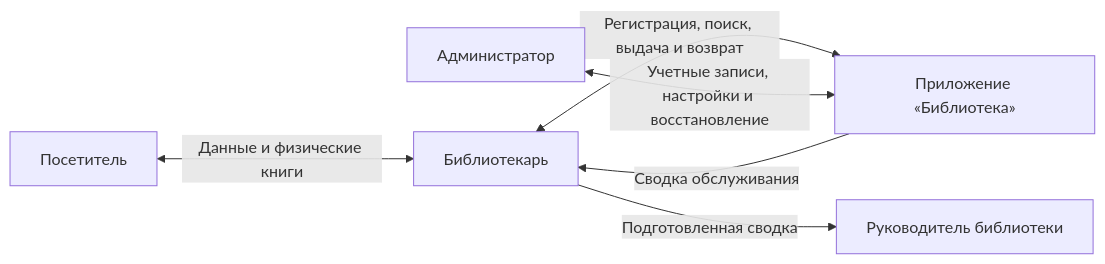
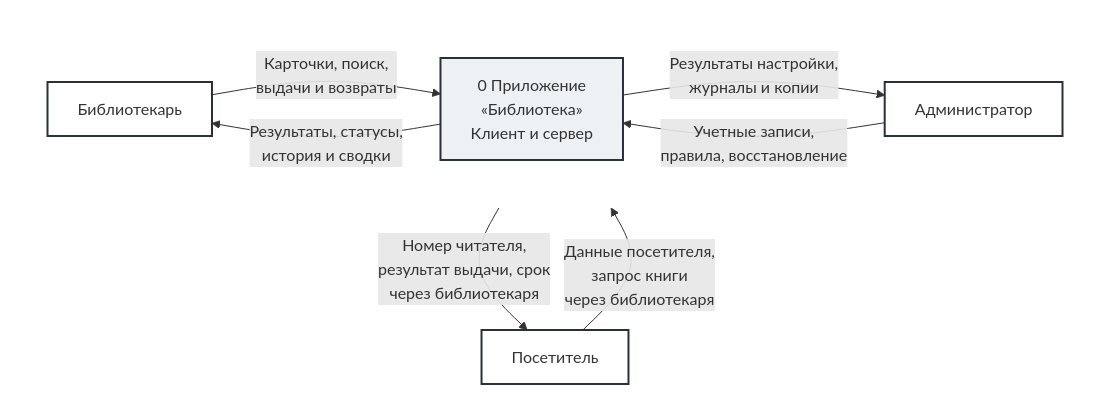
Before and after one commit to Yaroslav1488228/RIAT: the diagram in Лабораторная работа № 2 — Библиотека.md, drawn with Mermaid.

Commit message:
Переделать контекстную диаграмму

````diff
--- a/Лабораторная работа № 2 — Библиотека.md
+++ b/Лабораторная работа № 2 — Библиотека.md
@@ -237,8 +237,24 @@
 ```mermaid
-flowchart LR
-    V["Посетитель"] <-->|"Данные и физические книги"| B["Библиотекарь"]
-    B <-->|"Регистрация, поиск, выдача и возврат"| S["Приложение «Библиотека»"]
-    A["Администратор"] <-->|"Учетные записи, настройки и восстановление"| S
-    S -->|"Сводка обслуживания"| B
-    B -->|"Подготовленная сводка"| M["Руководитель библиотеки"]
+flowchart TB
+    subgraph TOP[" "]
+        direction LR
+        B["Библиотекарь"]
+        S["0  Приложение<br/>«Библиотека»<br/>Клиент и сервер"]
+        A["Администратор"]
+    end
+
+    V["Посетитель"]
+
+    B -->|"Карточки, поиск,<br/>выдачи и возвраты"| S
+    S -->|"Результаты, статусы,<br/>история и сводки"| B
+    A -->|"Учетные записи,<br/>правила, восстановление"| S
+    S -->|"Результаты настройки,<br/>журналы и копии"| A
+    V -->|"Данные посетителя,<br/>запрос книги<br/>через библиотекаря"| S
+    S -->|"Номер читателя,<br/>результат выдачи, срок<br/>через библиотекаря"| V
+
+    style TOP fill:none,stroke:none
+    style S fill:#eef1f4,stroke:#27313a,stroke-width:2px
+    style B fill:#ffffff,stroke:#27313a,stroke-width:2px
+    style A fill:#ffffff,stroke:#27313a,stroke-width:2px
+    style V fill:#ffffff,stroke:#27313a,stroke-width:2px
 ```
````
